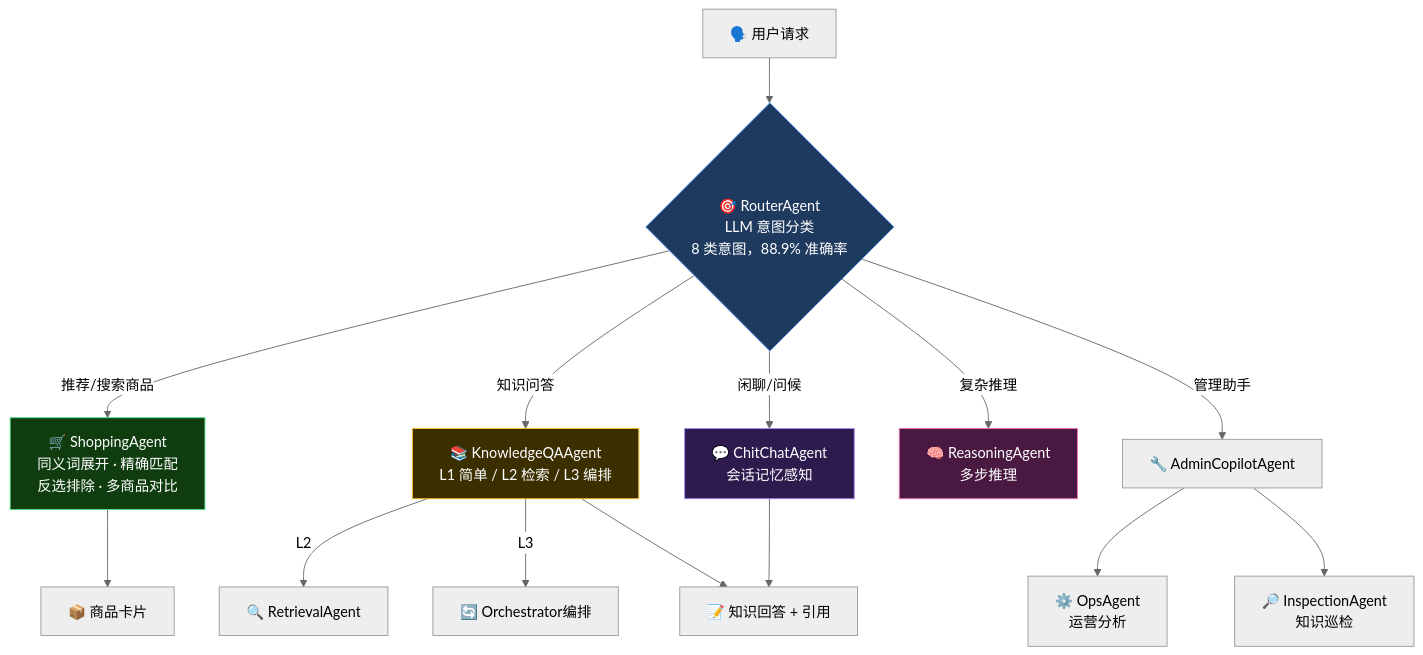
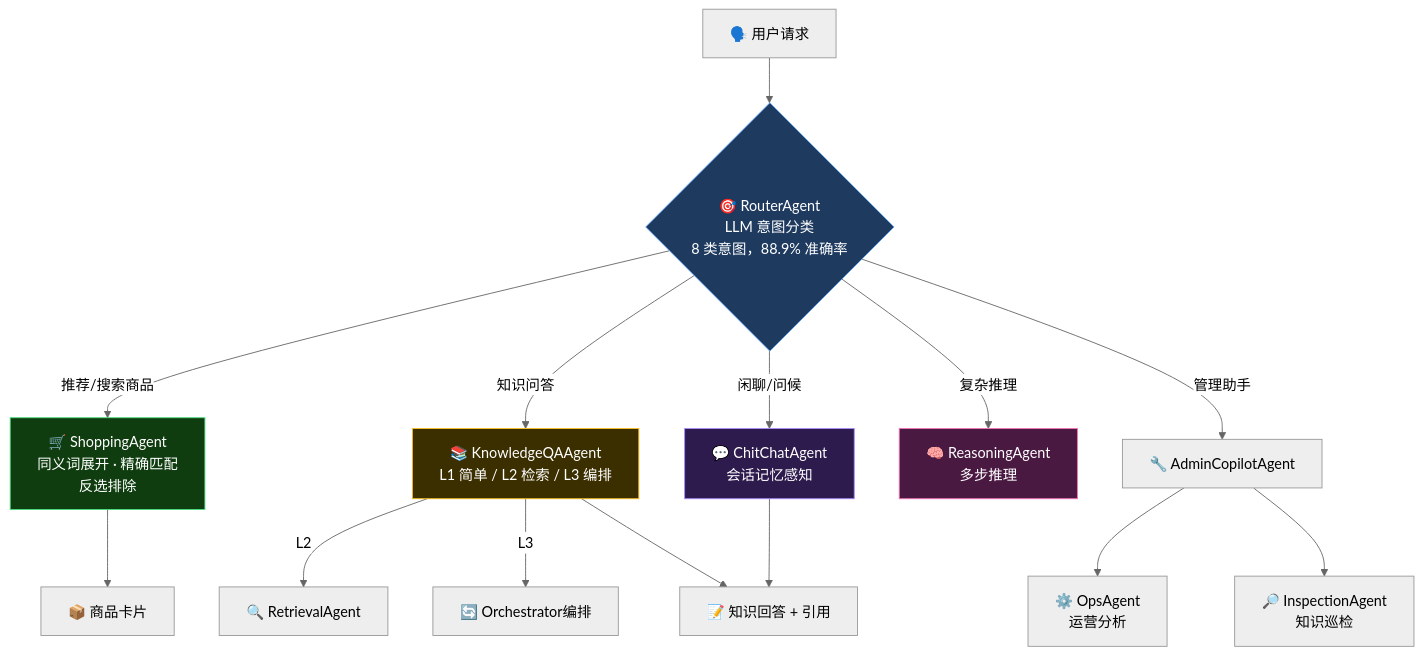
One commit to EvanYao826/ShopAgent-X changed the second of 4 diagrams in README.md. Above: the diagram before and after it, drawn with Mermaid (neutral theme). The commit also changed other lines of this file and 2 other files, not shown here.

````diff
--- a/README.md
+++ b/README.md
@@ -122,31 +126,31 @@
 ```mermaid
 flowchart TD
     Q["🗣️ 用户请求"] --> R{"🎯 RouterAgent<br/>LLM 意图分类<br/>8 类意图，88.9% 准确率"}
 
-    R -->|"推荐/搜索商品"| S["🛒 ShoppingAgent<br/>同义词展开 · 精确匹配<br/>反选排除 · 多商品对比"]
+    R -->|"推荐/搜索商品"| S["🛒 ShoppingAgent<br/>同义词展开 · 精确匹配<br/>反选排除"]
     R -->|"知识问答"| K["📚 KnowledgeQAAgent<br/>L1 简单 / L2 检索 / L3 编排"]
     R -->|"闲聊/问候"| C["💬 ChitChatAgent<br/>会话记忆感知"]
     R -->|"复杂推理"| RE["🧠 ReasoningAgent<br/>多步推理"]
     R -->|"管理助手"| AC["🔧 AdminCopilotAgent"]
 
     K -->|L2| RA["🔍 RetrievalAgent"]
     K -->|L3| O["🔄 Orchestrator编排"]
     AC --> OA["⚙️ OpsAgent<br/>运营分析"]
     AC --> IA["🔎 InspectionAgent<br/>知识巡检"]
 
     S --> P["📦 商品卡片"]
     K --> ANS["📝 知识回答 + 引用"]
     C --> ANS
 
     classDef router fill:#1e3a5f,stroke:#60a5fa,color:#fff
     classDef shopping fill:#0f3d0f,stroke:#4ade80,color:#fff
     classDef knowledge fill:#3b2f00,stroke:#fbbf24,color:#fff
     classDef chitchat fill:#2d1b4e,stroke:#a78bfa,color:#fff
     classDef reasoning fill:#4a1942,stroke:#f472b6,color:#fff
 
     class R router
     class S shopping
     class K knowledge
     class C chitchat
     class RE reasoning
 ```
````
